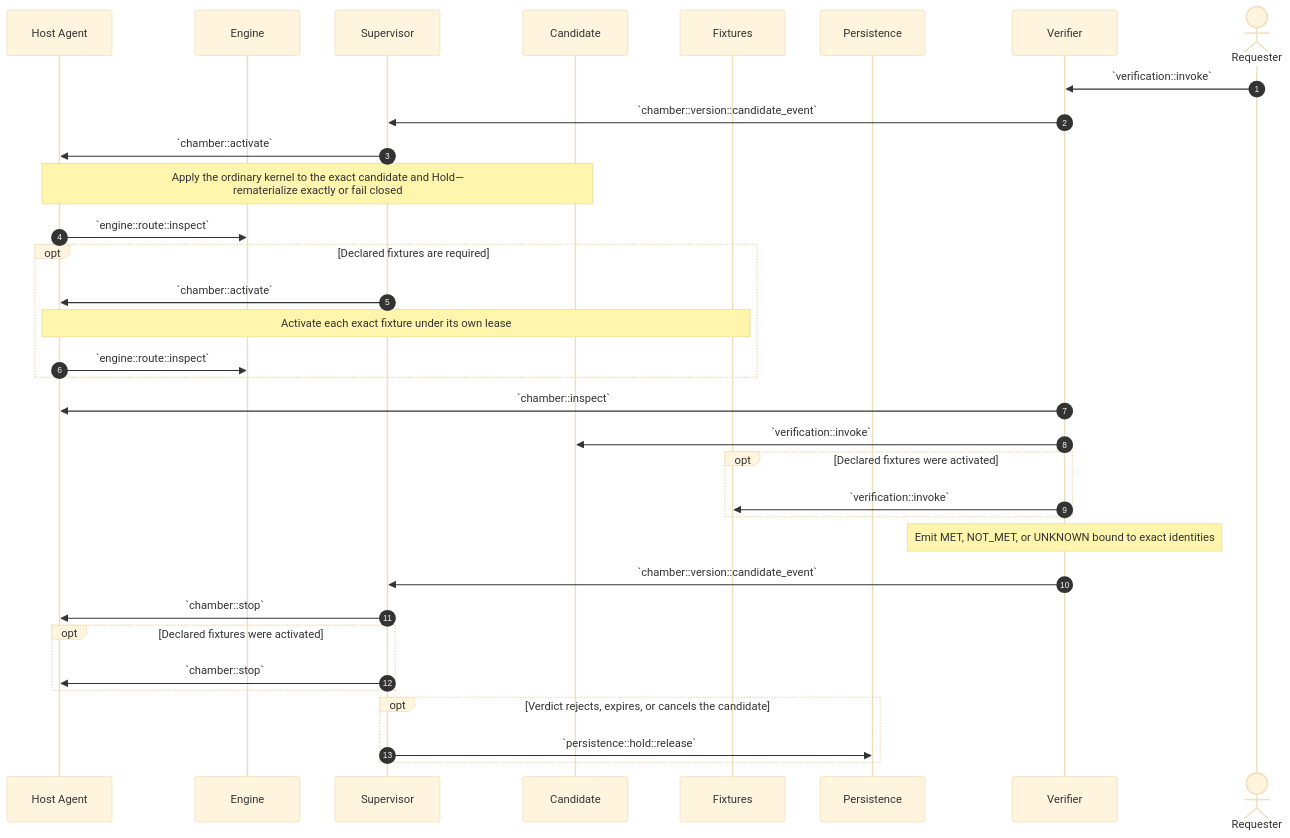
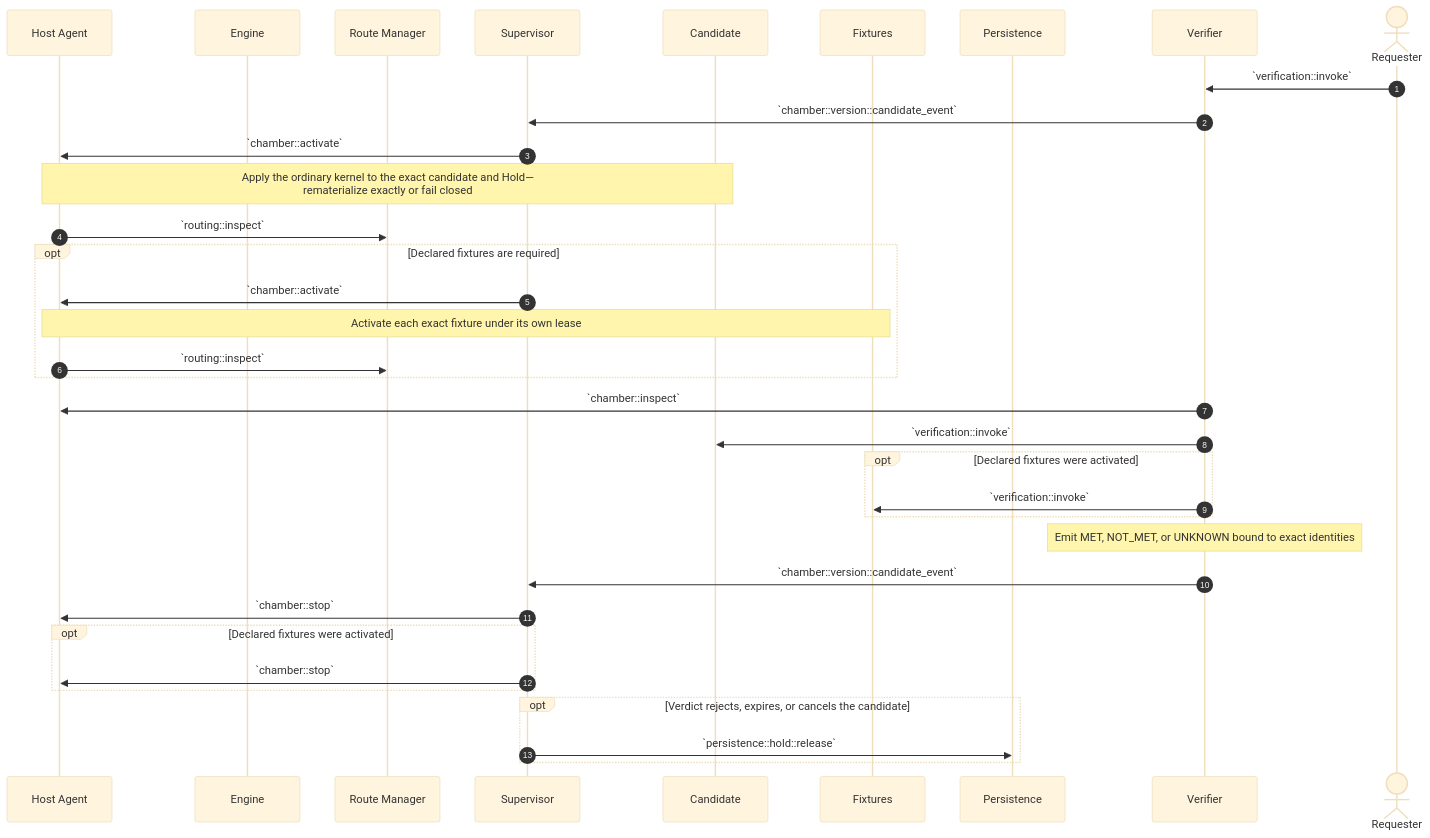
Before and after one commit to dreamcatcher-tech/chambers-lifecycle-explorer: diagram 11 of 15 in source/chambers-lifecycle-sequences.md, drawn with Mermaid (base theme). The commit also changed other lines of this file and 8 other files, not shown here.

````diff
--- a/source/chambers-lifecycle-sequences.md
+++ b/source/chambers-lifecycle-sequences.md
@@ -1013,40 +1083,41 @@
 ```mermaid
 sequenceDiagram
     autonumber
     participant HostAgent as Host Agent
     participant Engine
+    participant RouteManager as Route Manager
     participant Supervisor
     participant Candidate
     participant Fixtures
     participant Persistence
     participant Verifier
     actor Requester
 
     Requester->>Verifier: `verification::invoke`
     Verifier->>Supervisor: `chamber::version::candidate_event`
     Supervisor->>HostAgent: `chamber::activate`
     Note over HostAgent,Candidate: Apply the ordinary kernel to the exact candidate and Hold—<br/>rematerialize exactly or fail closed
-    HostAgent->>Engine: `engine::route::inspect`
+    HostAgent->>RouteManager: `routing::inspect`
 
     opt Declared fixtures are required
         Supervisor->>HostAgent: `chamber::activate`
         Note over HostAgent,Fixtures: Activate each exact fixture under its own lease
-        HostAgent->>Engine: `engine::route::inspect`
+        HostAgent->>RouteManager: `routing::inspect`
     end
 
     Verifier->>HostAgent: `chamber::inspect`
     Verifier->>Candidate: `verification::invoke`
     opt Declared fixtures were activated
         Verifier->>Fixtures: `verification::invoke`
     end
     Note over Verifier: Emit MET, NOT_MET, or UNKNOWN bound to exact identities
     Verifier->>Supervisor: `chamber::version::candidate_event`
 
     Supervisor->>HostAgent: `chamber::stop`
     opt Declared fixtures were activated
         Supervisor->>HostAgent: `chamber::stop`
     end
     opt Verdict rejects, expires, or cancels the candidate
         Supervisor->>Persistence: `persistence::hold::release`
     end
 ```
````
